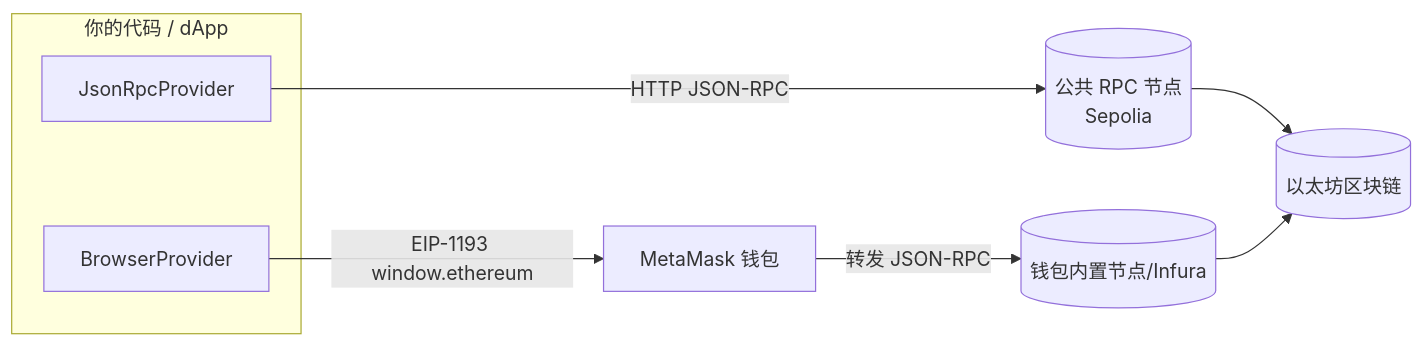
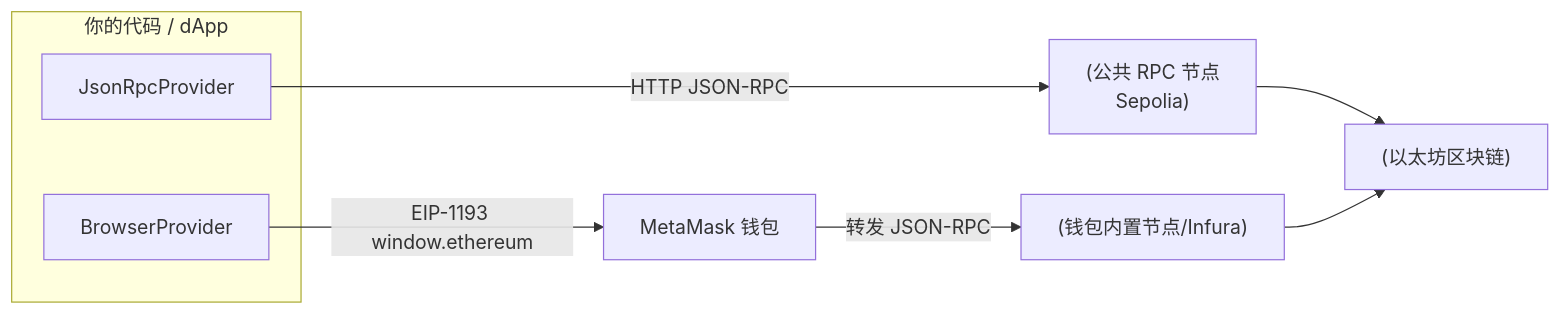
The diagram in 08-ethers-viem/01-provider-connect/README.md (boyley/web3-learning), drawn with Mermaid before and after one commit. The commit also changed 71 other files, not shown here.

First line of the commit message:
fix: 全库修复 Mermaid 词法错误

````diff
--- a/08-ethers-viem/01-provider-connect/README.md
+++ b/08-ethers-viem/01-provider-connect/README.md
@@ -24,12 +24,12 @@
 ```mermaid
 flowchart LR
     subgraph 你的代码 [你的代码 / dApp]
         A1[JsonRpcProvider] 
         A2[BrowserProvider]
     end
-    A1 -- "HTTP JSON-RPC" --> N[(公共 RPC 节点<br/>Sepolia)]
+    A1 -- "HTTP JSON-RPC" --> N["(公共 RPC 节点<br/>Sepolia)"]
     A2 -- "EIP-1193 window.ethereum" --> W[MetaMask 钱包]
-    W -- "转发 JSON-RPC" --> N2[(钱包内置节点/Infura)]
-    N --> C[(以太坊区块链)]
+    W -- "转发 JSON-RPC" --> N2["(钱包内置节点/Infura)"]
+    N --> C["(以太坊区块链)"]
     N2 --> C
 ```
````
